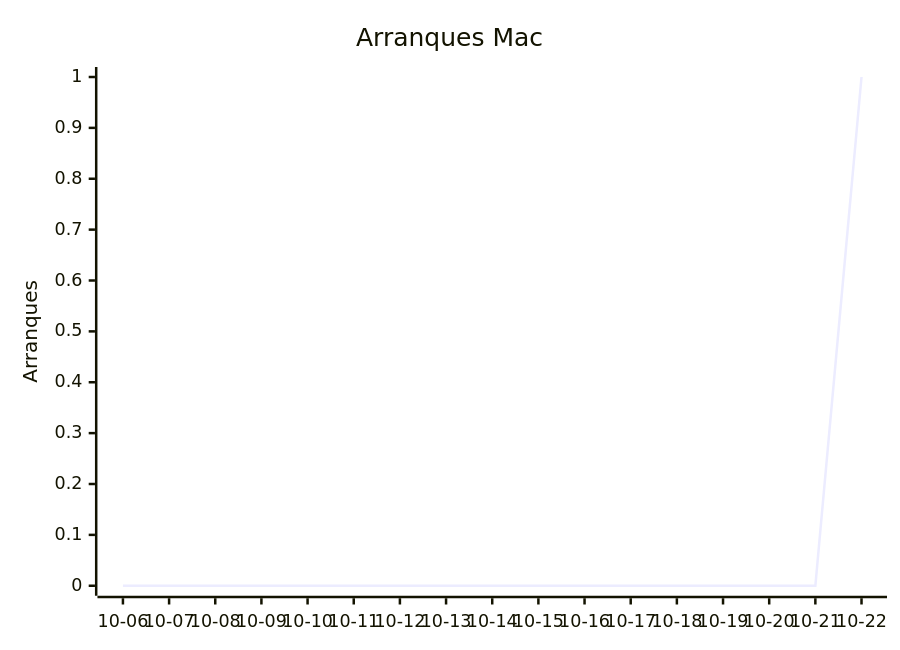
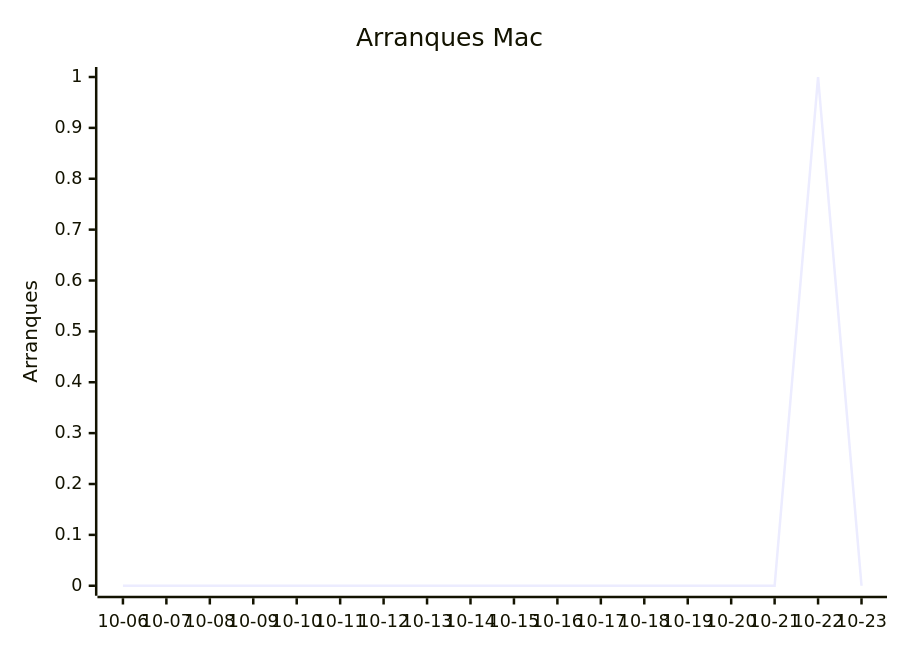
The fourth of 9 diagrams in README.md (EmuDeck/stats), drawn with Mermaid before and after one commit. The commit also changed other lines of this file and 2 other files, not shown here.

````diff
--- a/README.md
+++ b/README.md
@@ -42,7 +42,7 @@
 ```mermaid
 xychart-beta
     title "Arranques Mac"
-    x-axis ["10-06", "10-07", "10-08", "10-09", "10-10", "10-11", "10-12", "10-13", "10-14", "10-15", "10-16", "10-17", "10-18", "10-19", "10-20", "10-21", "10-22"]
+    x-axis ["10-06", "10-07", "10-08", "10-09", "10-10", "10-11", "10-12", "10-13", "10-14", "10-15", "10-16", "10-17", "10-18", "10-19", "10-20", "10-21", "10-22", "10-23"]
     y-axis "Arranques"
-    line [0, 0, 0, 0, 0, 0, 0, 0, 0, 0, 0, 0, 0, 0, 0, 0, 1]
+    line [0, 0, 0, 0, 0, 0, 0, 0, 0, 0, 0, 0, 0, 0, 0, 0, 1, 0]
 ```
````
